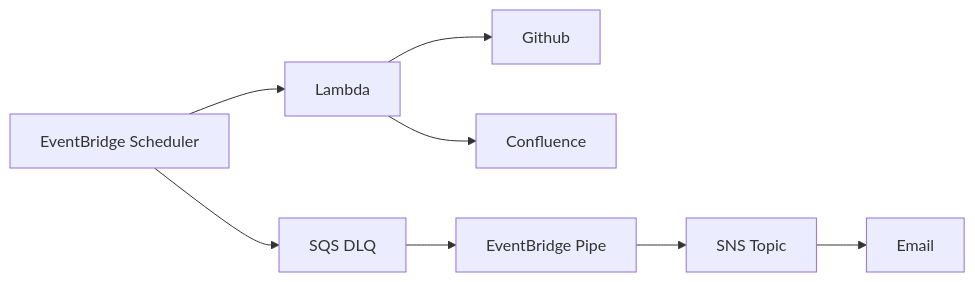
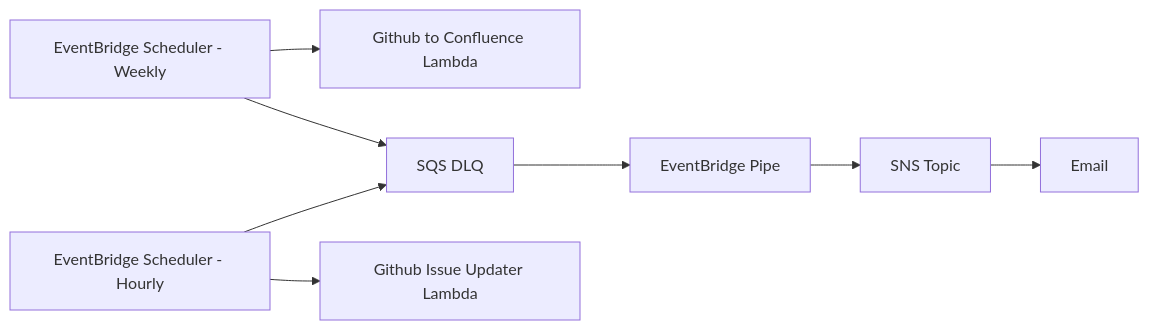
One commit to alexswilliams/project-watcher changed the diagram in README.md. Above: the diagram before and after it, drawn with Mermaid. The commit also changed other lines of this file and 23 other files, not shown here.

Commit message:
Version bump, migrate to aws sdk v3, start splitting out issue updater from confluence updater

````diff
--- a/README.md
+++ b/README.md
@@ -30,10 +30,10 @@
 ```mermaid
 flowchart LR
-  A[EventBridge Scheduler] --> Lambda
-  Lambda --> Github
-  Lambda --> Confluence
-  A[EventBridge Scheduler] --> B[SQS DLQ]
+  A[EventBridge Scheduler - Weekly] --> X[Github to Confluence Lambda]
+  A[EventBridge Scheduler - Weekly] --> B[SQS DLQ]
   B[SQS DLQ] --> C[EventBridge Pipe]
   C[EventBridge Pipe] --> D[SNS Topic]
   D[SNS Topic] --> Email
+  Q[EventBridge Scheduler - Hourly] --> B[SQS DLQ]
+  Q --> R[Github Issue Updater Lambda]
 ```
````
